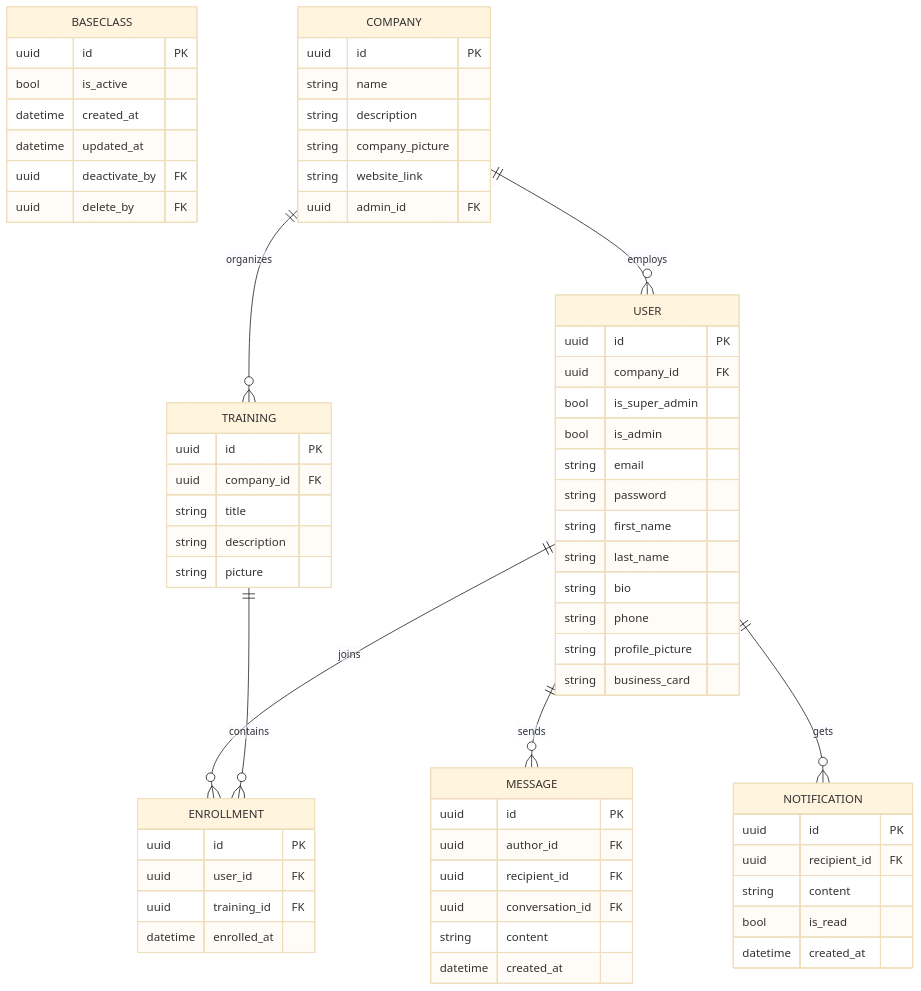
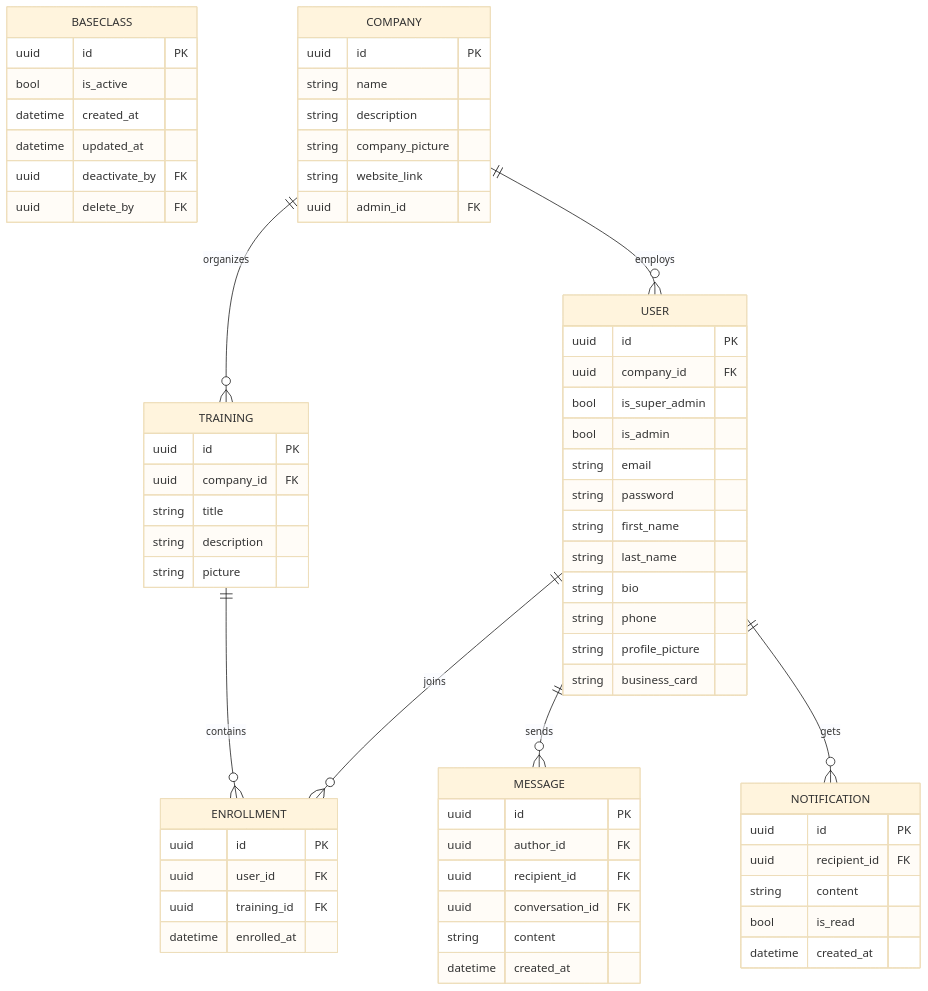
Before and after one commit to tomvieilledent/portfolio-MDE_dashboard: the second of 5 diagrams in docs/stage3.md, drawn with Mermaid (base theme). The commit also changed other lines of this file and 1 other file, not shown here.

Commit message:
Add user stories and system architecture documentation for Stage 3

````diff
--- a/docs/stage3.md
+++ b/docs/stage3.md
@@ -166,79 +166,79 @@
 ```mermaid
 erDiagram
 	%% BaseClass centralise les champs communs à toutes les entités
 	BASECLASS {
 		uuid id PK
 		bool is_active
 		datetime created_at
 		datetime updated_at
 		uuid deactivate_by FK
 		uuid delete_by FK
 	}
 
 	%% Entités principales avec clés étrangères explicites
 	COMPANY {
 		uuid id PK
 		string name
 		string description
 		string company_picture
 		string website_link
 		uuid admin_id FK
 	}
 
 	USER {
 		uuid id PK
 		uuid company_id FK
 		bool is_super_admin
 		bool is_admin
 		string email
 		string password
 		string first_name
 		string last_name
 		string bio
 		string phone
 		string profile_picture
 		string business_card
 	}
 
 	TRAINING {
 		uuid id PK
 		uuid company_id FK
 		string title
 		string description
 		string picture
 	}
 
 	ENROLLMENT {
 		uuid id PK
 		uuid user_id FK
 		uuid training_id FK
 		datetime enrolled_at
 	}
 
 	MESSAGE {
 		uuid id PK
 		uuid author_id FK
 		uuid recipient_id FK
 		uuid conversation_id FK
 		string content
 		datetime created_at
 	}
 
 	NOTIFICATION {
 		uuid id PK
 		uuid recipient_id FK
 		string content
 		bool is_read
 		datetime created_at
 	}
 
 	%% Relations (cardinalités)
 	COMPANY ||--o{ USER : employs
 	COMPANY ||--o{ TRAINING : organizes
+	TRAINING ||--o{ ENROLLMENT : contains
 	USER ||--o{ ENROLLMENT : joins
-	TRAINING ||--o{ ENROLLMENT : contains
 	USER ||--o{ MESSAGE : sends
 	USER ||--o{ NOTIFICATION : gets
 
 	%% Note: add a Conversation table if you need group chats / rooms
 ```
````
